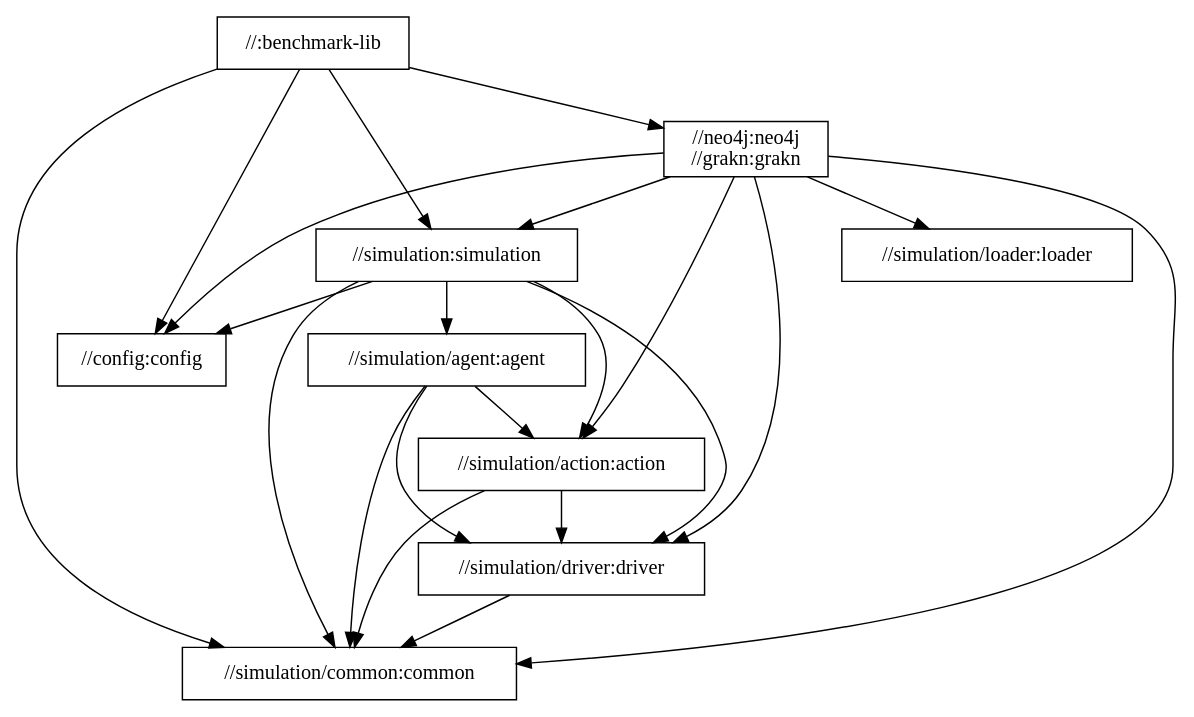
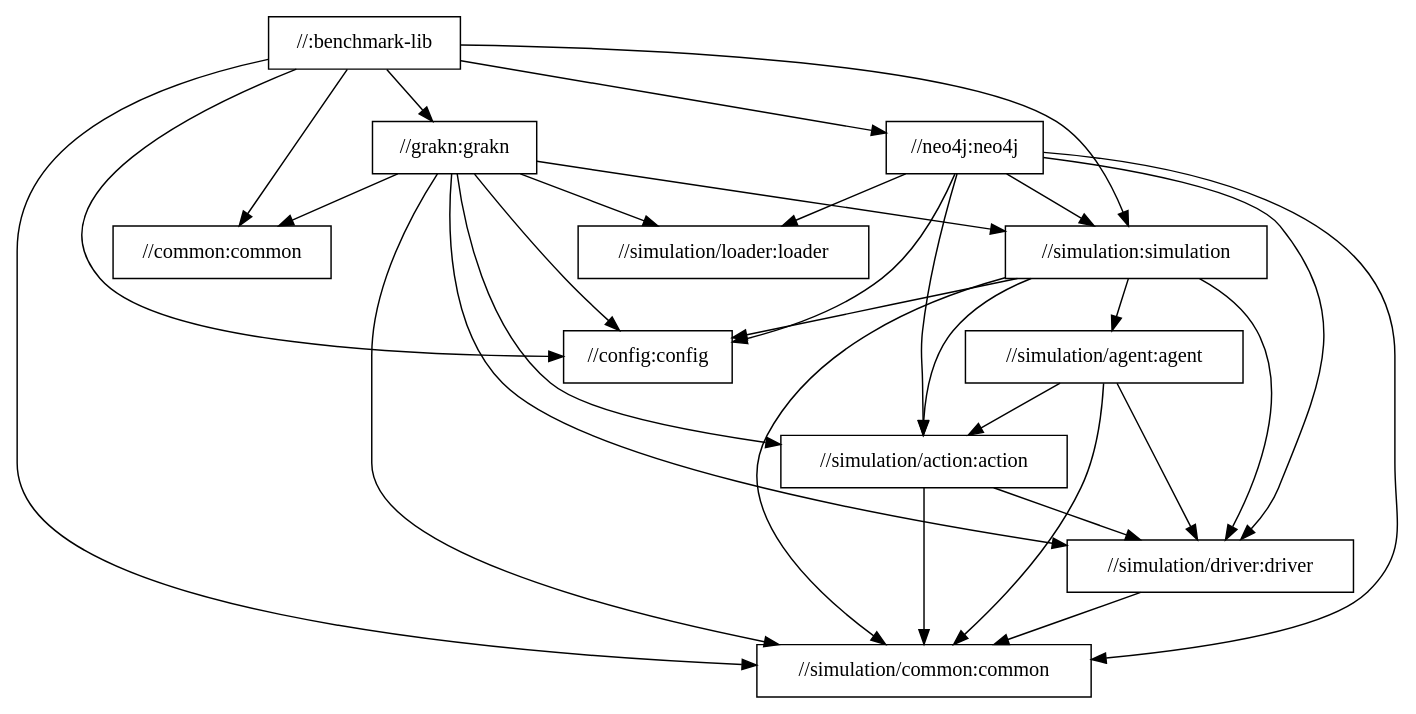
One commit to typedb/typedb-benchmark changed the diagram in docs/package-structure.dot. Above: the diagram before and after it, drawn with Graphviz. The commit also changed 16 other files, not shown here.

```diff
--- a/docs/package-structure.dot
+++ b/docs/package-structure.dot
@@ -1,33 +1,44 @@
 digraph mygraph {
   node [shape=box];
   "//:benchmark-lib"
+  "//:benchmark-lib" -> "//common:common"
   "//:benchmark-lib" -> "//config:config"
-  "//:benchmark-lib" -> "//neo4j:neo4j\n//grakn:grakn"
+  "//:benchmark-lib" -> "//grakn:grakn"
+  "//:benchmark-lib" -> "//neo4j:neo4j"
   "//:benchmark-lib" -> "//simulation:simulation"
   "//:benchmark-lib" -> "//simulation/common:common"
-  "//neo4j:neo4j\n//grakn:grakn"
-  "//neo4j:neo4j\n//grakn:grakn" -> "//config:config"
-  "//neo4j:neo4j\n//grakn:grakn" -> "//simulation:simulation"
-  "//neo4j:neo4j\n//grakn:grakn" -> "//simulation/action:action"
-  "//neo4j:neo4j\n//grakn:grakn" -> "//simulation/common:common"
-  "//neo4j:neo4j\n//grakn:grakn" -> "//simulation/driver:driver"
-  "//neo4j:neo4j\n//grakn:grakn" -> "//simulation/loader:loader"
+  "//neo4j:neo4j"
+  "//neo4j:neo4j" -> "//config:config"
+  "//neo4j:neo4j" -> "//simulation:simulation"
+  "//neo4j:neo4j" -> "//simulation/action:action"
+  "//neo4j:neo4j" -> "//simulation/common:common"
+  "//neo4j:neo4j" -> "//simulation/driver:driver"
+  "//neo4j:neo4j" -> "//simulation/loader:loader"
+  "//grakn:grakn"
+  "//grakn:grakn" -> "//common:common"
+  "//grakn:grakn" -> "//config:config"
+  "//grakn:grakn" -> "//simulation:simulation"
+  "//grakn:grakn" -> "//simulation/action:action"
+  "//grakn:grakn" -> "//simulation/common:common"
+  "//grakn:grakn" -> "//simulation/driver:driver"
+  "//grakn:grakn" -> "//simulation/loader:loader"
   "//simulation/loader:loader"
   "//simulation:simulation"
   "//simulation:simulation" -> "//config:config"
   "//simulation:simulation" -> "//simulation/action:action"
   "//simulation:simulation" -> "//simulation/agent:agent"
   "//simulation:simulation" -> "//simulation/common:common"
   "//simulation:simulation" -> "//simulation/driver:driver"
   "//simulation/agent:agent"
   "//simulation/agent:agent" -> "//simulation/action:action"
   "//simulation/agent:agent" -> "//simulation/common:common"
   "//simulation/agent:agent" -> "//simulation/driver:driver"
-  "//config:config"
   "//simulation/action:action"
   "//simulation/action:action" -> "//simulation/common:common"
   "//simulation/action:action" -> "//simulation/driver:driver"
   "//simulation/driver:driver"
   "//simulation/driver:driver" -> "//simulation/common:common"
   "//simulation/common:common"
+  "//config:config"
+  "//common:common"
 }
```
